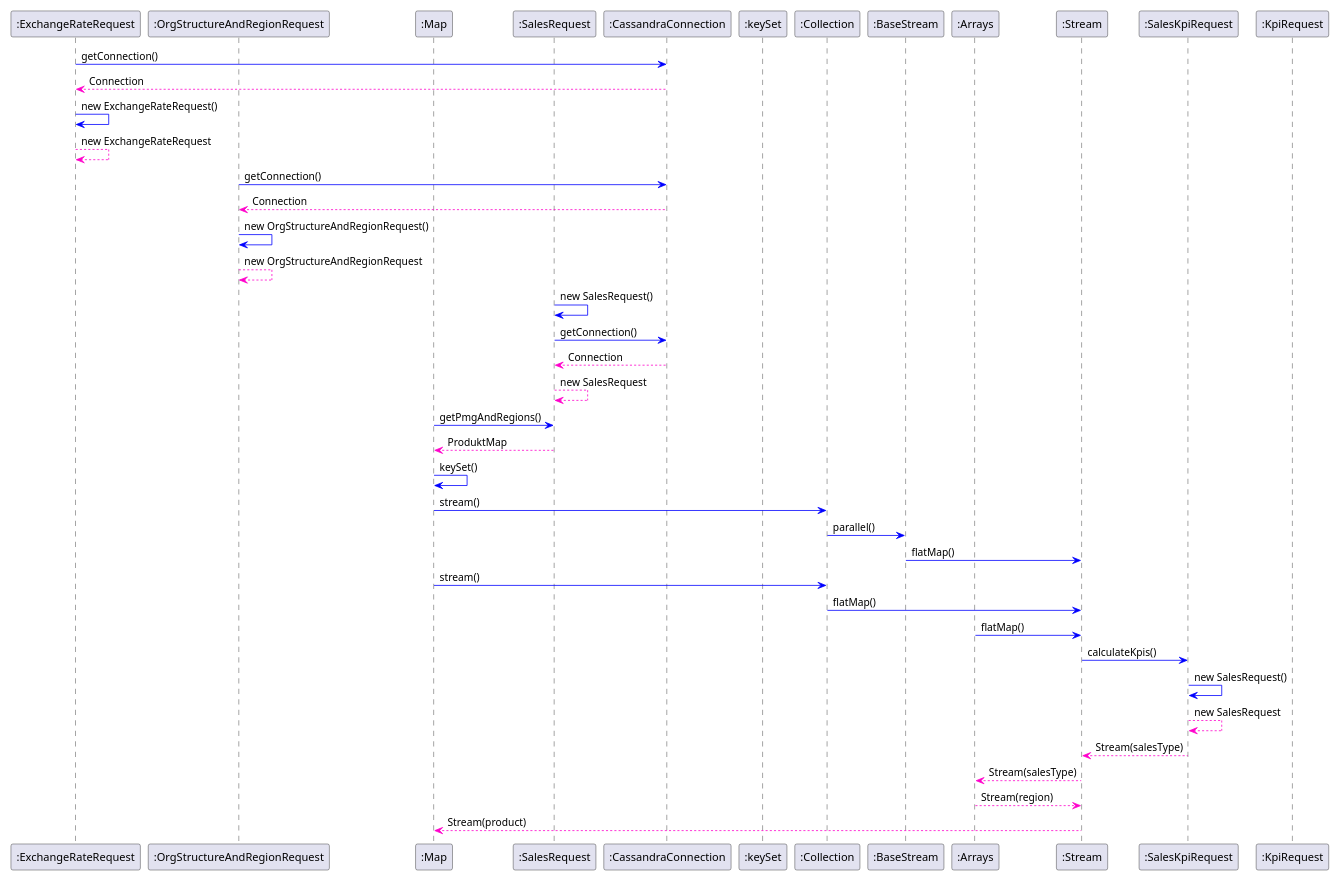
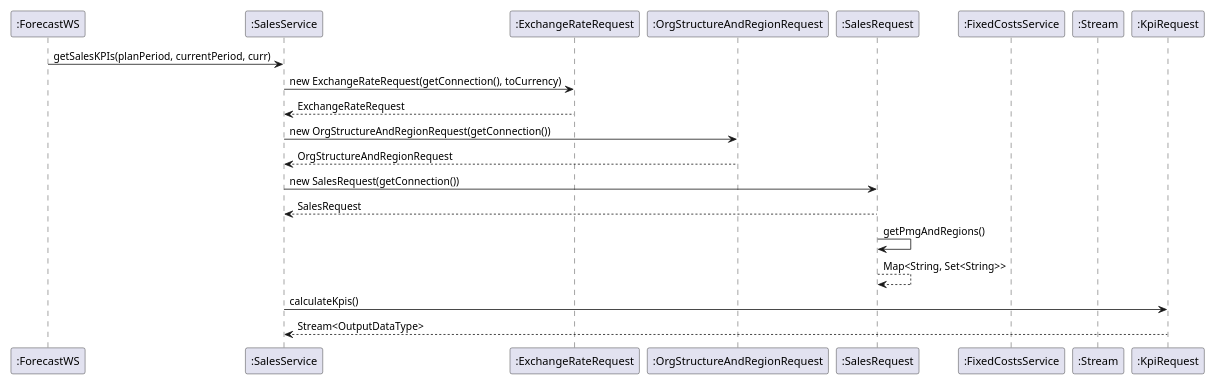
One commit to wagnst/forecast-cassandra changed the diagram in diagrams/sequence/sequence_parallel_streams.puml. Above: the diagram before and after it, drawn with PlantUML.

Commit message:
updated classdiagramm

```diff
--- a/diagrams/sequence/sequence_parallel_streams.puml
+++ b/diagrams/sequence/sequence_parallel_streams.puml
@@ -1,63 +1,36 @@
 @startuml
 
 scale 0.75
 
+participant  ":ForecastWS"
+participant  ":SalesService"
 participant  ":ExchangeRateRequest"
 participant  ":OrgStructureAndRegionRequest"
-participant  ":Map"
 participant  ":SalesRequest"
-participant  ":CassandraConnection"
-participant  ":keySet"
-participant  ":Collection"
-participant  ":BaseStream"
-participant  ":Arrays"
+participant  ":FixedCostsService"
 participant  ":Stream"
-participant  ":SalesKpiRequest"
 participant  ":KpiRequest"
 
-":ExchangeRateRequest" -[#0000FF]> ":CassandraConnection" : getConnection()
-":CassandraConnection" --[#FF00CB]> ":ExchangeRateRequest" : Connection
-":ExchangeRateRequest" -[#0000FF]> ":ExchangeRateRequest" : new ExchangeRateRequest()
-":ExchangeRateRequest" --[#FF00CB]> ":ExchangeRateRequest" : new ExchangeRateRequest
 
-":OrgStructureAndRegionRequest" -[#0000FF]> ":CassandraConnection" : getConnection()
-":CassandraConnection" --[#FF00CB]> ":OrgStructureAndRegionRequest" : Connection
-":OrgStructureAndRegionRequest" -[#0000FF]> ":OrgStructureAndRegionRequest" : new OrgStructureAndRegionRequest()
-":OrgStructureAndRegionRequest" --[#FF00CB]> ":OrgStructureAndRegionRequest" : new OrgStructureAndRegionRequest
-
-":SalesRequest" -[#0000FF]> ":SalesRequest" : new SalesRequest()
-":SalesRequest" -[#0000FF]> ":CassandraConnection" : getConnection()
-":CassandraConnection" --[#FF00CB]> ":SalesRequest" : Connection
-":SalesRequest" --[#FF00CB]> ":SalesRequest" : new SalesRequest
-
-":Map" -[#0000FF]> ":SalesRequest" : getPmgAndRegions()
-":SalesRequest" --[#FF00CB]> ":Map" : ProduktMap
+":ForecastWS" -> ":SalesService" : getSalesKPIs(planPeriod, currentPeriod, curr)
+":SalesService" -> ":ExchangeRateRequest" : new ExchangeRateRequest(getConnection(), toCurrency)
+":ExchangeRateRequest" --> ":SalesService" : ExchangeRateRequest
+":SalesService" ->  ":OrgStructureAndRegionRequest" : new OrgStructureAndRegionRequest(getConnection())
+":OrgStructureAndRegionRequest" --> ":SalesService" : OrgStructureAndRegionRequest
+":SalesService" ->  ":SalesRequest" : new SalesRequest(getConnection())
+":SalesRequest" --> ":SalesService" : SalesRequest
+":SalesRequest" -> ":SalesRequest" : getPmgAndRegions()
+":SalesRequest" --> ":SalesRequest" : Map<String, Set<String>>
+":SalesService" -> ":KpiRequest" : calculateKpis()
+":KpiRequest"  --> ":SalesService" : Stream<OutputDataType>
 
 
-":Map" -[#0000FF]> ":Map"  : keySet()
-":Map" -[#0000FF]> ":Collection" : stream()
-":Collection" -[#0000FF]> ":BaseStream" : parallel()
-":BaseStream" -[#0000FF]> ":Stream" : flatMap()
 
 
-":Map" -[#0000FF]> ":Collection" : stream()
-":Collection" -[#0000FF]> ":Stream" : flatMap()
-":Arrays" -[#0000FF]> ":Stream" : flatMap()
-":Stream"  -[#0000FF]> ":SalesKpiRequest" : calculateKpis()
-
-":SalesKpiRequest" -[#0000FF]> ":SalesKpiRequest" : new SalesRequest()
-":SalesKpiRequest" -[#FF00CB]-> ":SalesKpiRequest" : new SalesRequest
-":SalesKpiRequest" -[#FF00CB]-> ":Stream" : Stream(salesType)
-
-":Stream" --[#FF00CB]> ":Arrays" : Stream(salesType)
-
-
-":Arrays" --[#FF00CB]> ":Stream" : Stream(region)
-":Stream" --[#FF00CB]> ":Map" : Stream(product)
 
 
 
 
 
 
 @enduml
```
